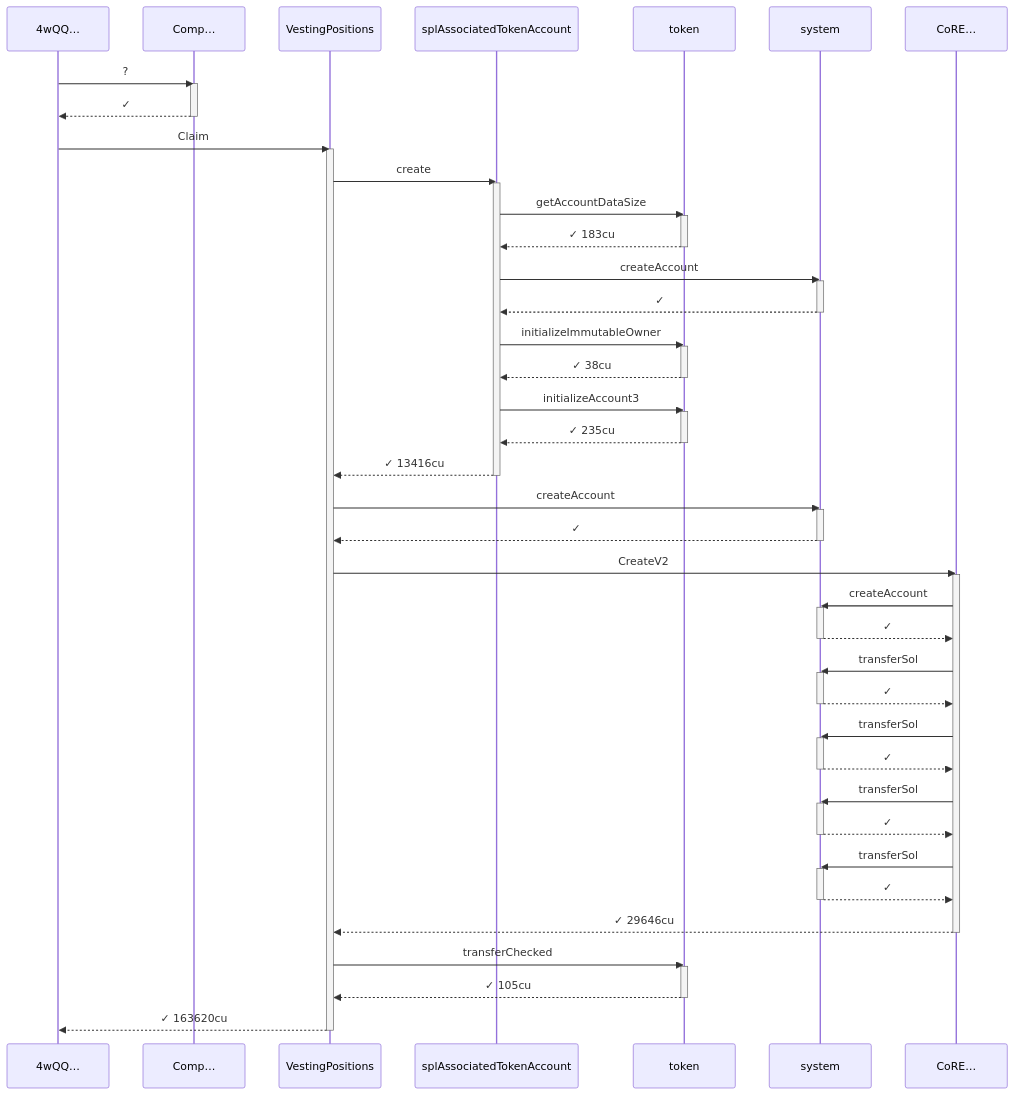
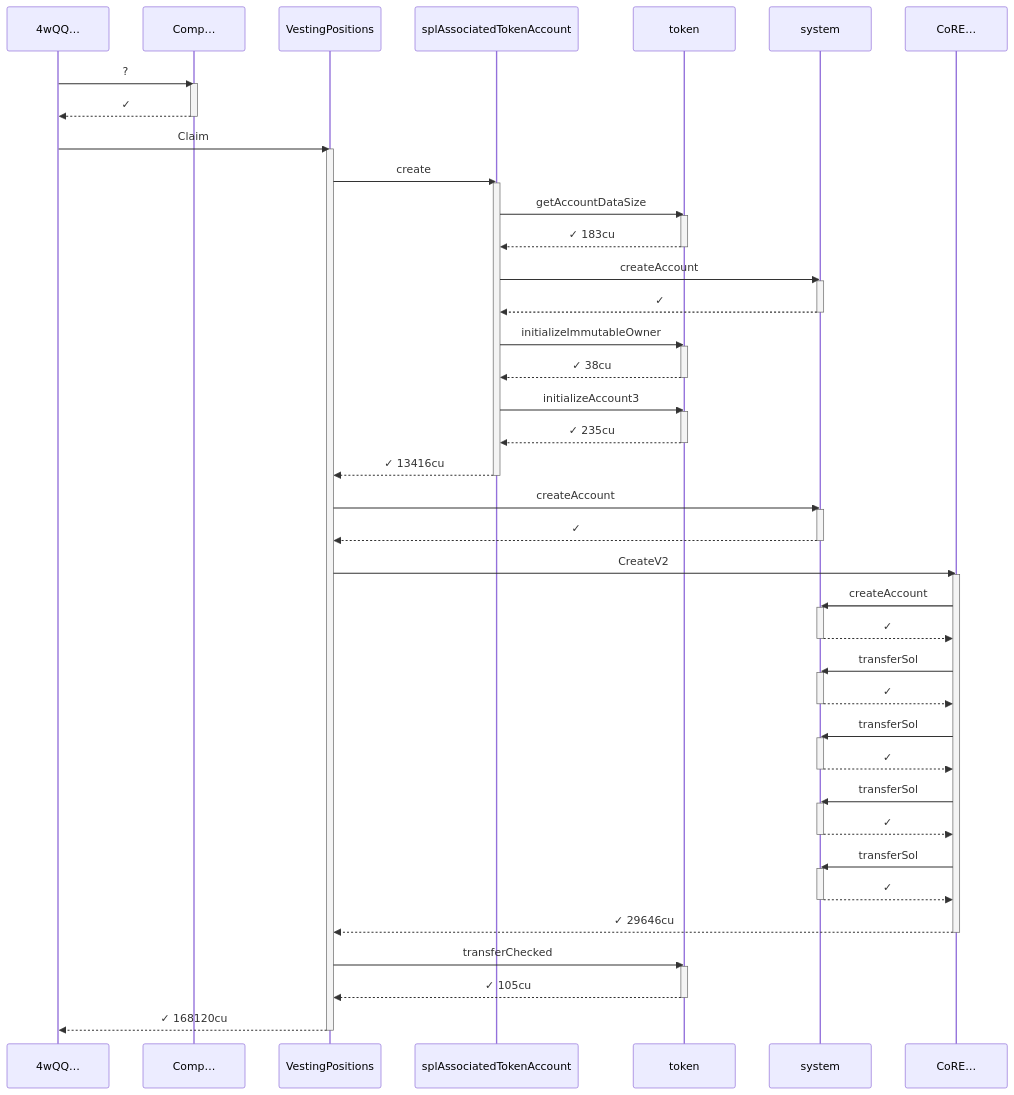
The fourth of 6 diagrams in babelfish-tests/test-report/mid_schedule_cliff_plus_linear.md (cds-turbin3/vesting-position), drawn with Mermaid before and after one commit. The commit also changed other lines of this file and 106 other files, not shown here.

````diff
--- a/babelfish-tests/test-report/mid_schedule_cliff_plus_linear.md
+++ b/babelfish-tests/test-report/mid_schedule_cliff_plus_linear.md
@@ -208,70 +217,70 @@
 ```mermaid
 sequenceDiagram
     participant p0 as 4wQQ…
     participant p1 as Comp…
     participant p2 as VestingPositions
     participant p3 as splAssociatedTokenAccount
     participant p4 as token
     participant p5 as system
     participant p6 as CoRE…
     p0->>p1: ?
     activate p1
     p1-->>p0: ✓
     deactivate p1
     p0->>p2: Claim
     activate p2
     p2->>p3: create
     activate p3
     p3->>p4: getAccountDataSize
     activate p4
     p4-->>p3: ✓ 183cu
     deactivate p4
     p3->>p5: createAccount
     activate p5
     p5-->>p3: ✓
     deactivate p5
     p3->>p4: initializeImmutableOwner
     activate p4
     p4-->>p3: ✓ 38cu
     deactivate p4
     p3->>p4: initializeAccount3
     activate p4
     p4-->>p3: ✓ 235cu
     deactivate p4
     p3-->>p2: ✓ 13416cu
     deactivate p3
     p2->>p5: createAccount
     activate p5
     p5-->>p2: ✓
     deactivate p5
     p2->>p6: CreateV2
     activate p6
     p6->>p5: createAccount
     activate p5
     p5-->>p6: ✓
     deactivate p5
     p6->>p5: transferSol
     activate p5
     p5-->>p6: ✓
     deactivate p5
     p6->>p5: transferSol
     activate p5
     p5-->>p6: ✓
     deactivate p5
     p6->>p5: transferSol
     activate p5
     p5-->>p6: ✓
     deactivate p5
     p6->>p5: transferSol
     activate p5
     p5-->>p6: ✓
     deactivate p5
     p6-->>p2: ✓ 29646cu
     deactivate p6
     p2->>p4: transferChecked
     activate p4
     p4-->>p2: ✓ 105cu
     deactivate p4
-    p2-->>p0: ✓ 163620cu
+    p2-->>p0: ✓ 168120cu
     deactivate p2
 ```
````
